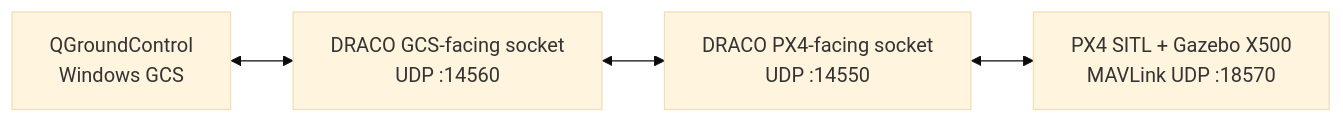
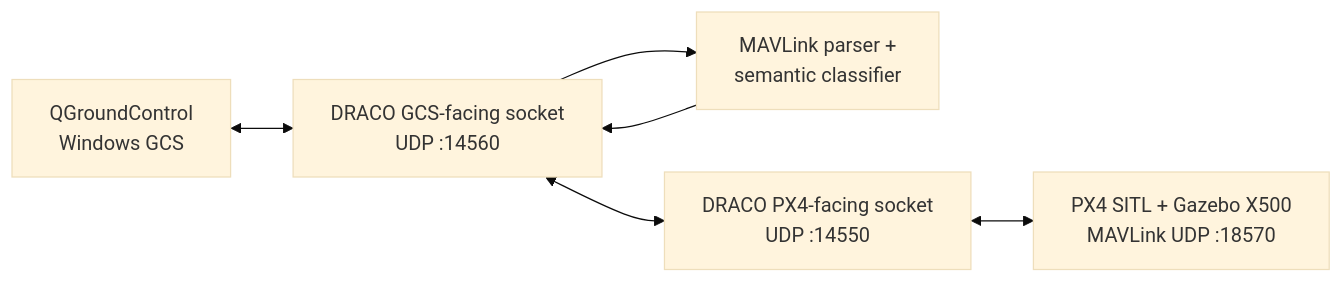
One commit to Niranjan-Chenna/draco-uav-security changed the diagram in README.md. Above: the diagram before and after it, drawn with Mermaid (base theme). The commit also changed other lines of this file, not shown here.

````diff
--- a/README.md
+++ b/README.md
@@ -49,11 +19,14 @@
 ```mermaid
 flowchart LR
     QGC["QGroundControl<br/>Windows GCS"]
     GCS["DRACO GCS-facing socket<br/>UDP :14560"]
+    PARSER["MAVLink parser +<br/>semantic classifier"]
     PX4SIDE["DRACO PX4-facing socket<br/>UDP :14550"]
     PX4["PX4 SITL + Gazebo X500<br/>MAVLink UDP :18570"]
 
     QGC <--> GCS
+    GCS --> PARSER
+    PARSER --> GCS
     GCS <--> PX4SIDE
     PX4SIDE <--> PX4
 ```
````
